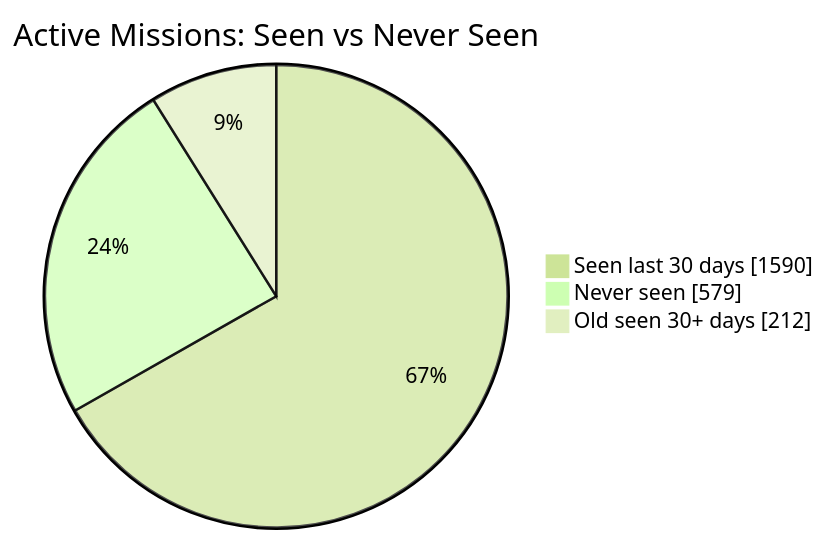
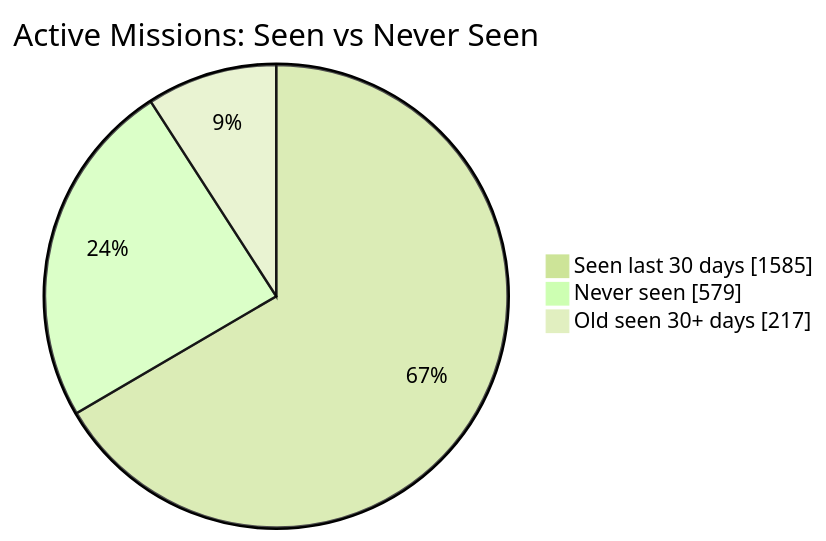
The first of 2 diagrams in README.md (MeldkamerspelGameTeam/active-missions), drawn with Mermaid (forest theme) before and after one commit. The commit also changed other lines of this file and 3 other files, not shown here.

````diff
--- a/README.md
+++ b/README.md
@@ -34,7 +34,7 @@
 ```mermaid
 pie showData
     title Active Missions: Seen vs Never Seen
-    "Seen last 30 days" : 1590
+    "Seen last 30 days" : 1585
     "Never seen" : 579
-    "Old seen 30+ days" : 212
+    "Old seen 30+ days" : 217
 ```
````
